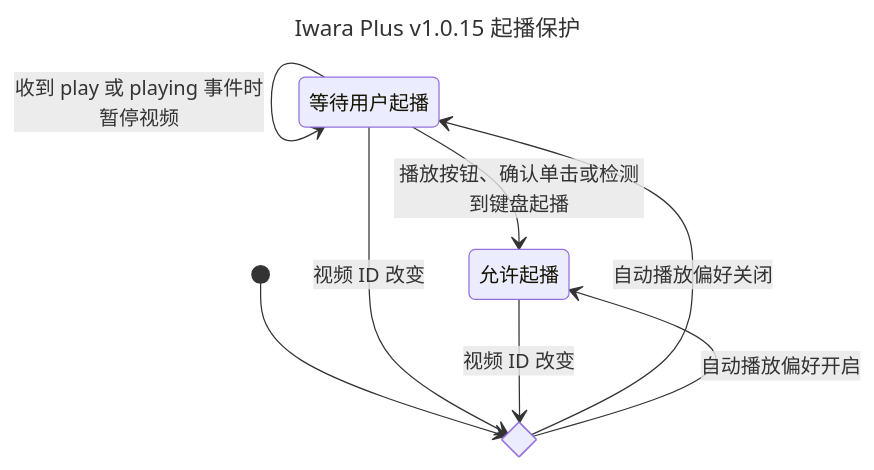
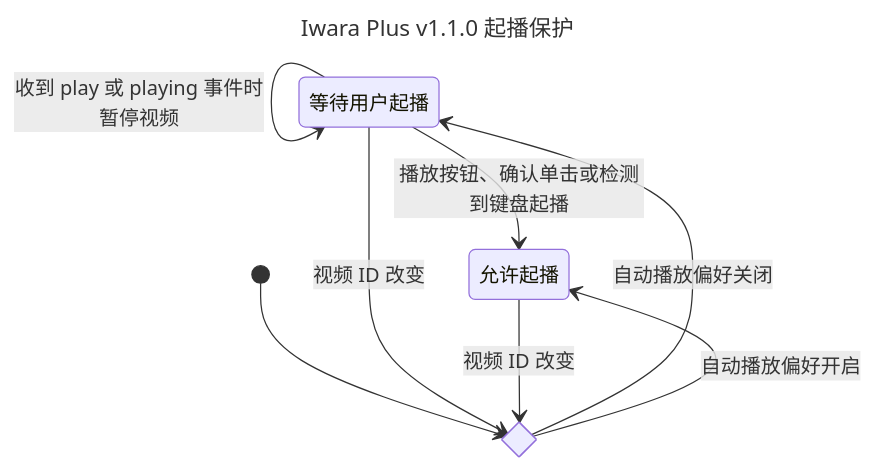
Before and after one commit to lhYanghc/iwara-plus: the third of 6 diagrams in docs/architecture.zh-CN.md, drawn with Mermaid. The commit also changed other lines of this file and 9 other files, not shown here.

````diff
--- a/docs/architecture.zh-CN.md
+++ b/docs/architecture.zh-CN.md
@@ -106,16 +110,16 @@
 ```mermaid
 ---
-title: Iwara Plus v1.0.15 起播保护
+title: Iwara Plus v1.1.0 起播保护
 ---
 stateDiagram-v2
     state "等待用户起播" as Guarded
     state "允许起播" as Allowed
     state Choice <<choice>>
     [*] --> Choice
     Choice --> Guarded : 自动播放偏好关闭
     Choice --> Allowed : 自动播放偏好开启
     Guarded --> Guarded : 收到 play 或 playing 事件时暂停视频
     Guarded --> Allowed : 播放按钮、确认单击或检测到键盘起播
     Guarded --> Choice : 视频 ID 改变
     Allowed --> Choice : 视频 ID 改变
 ```
````
